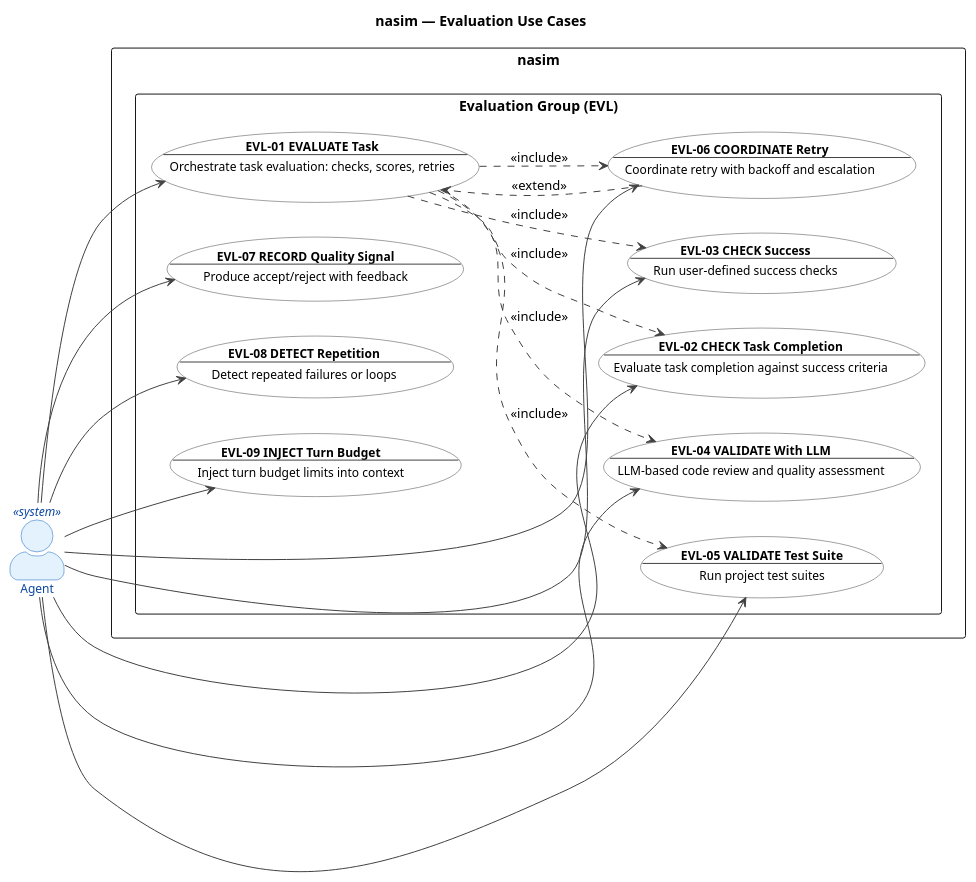
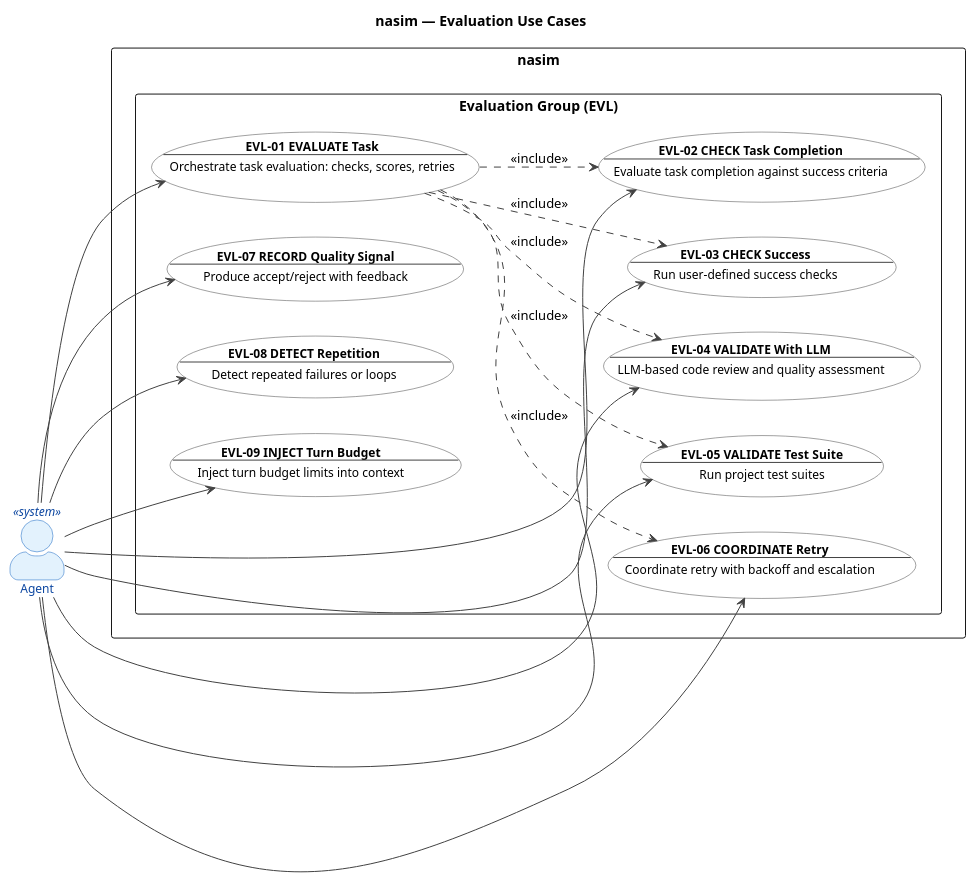
One commit to salimnamvar/nasim changed the diagram in docs/UC/uc_evaluation.puml. Above: the diagram before and after it, drawn with PlantUML. The commit also changed 27 other files, not shown here.

First line of the commit message:
docs: Refactor architecture documentation for consistency and clarity

```diff
--- a/docs/UC/uc_evaluation.puml
+++ b/docs/UC/uc_evaluation.puml
@@ -1,91 +1,90 @@
 @startuml uc_evaluation
 
 ' ============================================================
 ' Title:     nasim — UC: Evaluation Group
 ' Group:     EVL (Evaluation)
 ' Boundary:  nasim code agent
 ' Purpose:   Task evaluation: success checks, LLM review, retry coordination
 ' Milestone: v1.0
 ' Version:   6.0.0
 ' Source:    docs/ENTITIES.md
 ' Review:    docs/audit/audit.2026.06.20.uc-layer.car.md
 ' ============================================================
 
 left to right direction
 
 title nasim — Evaluation Use Cases
 
 skinparam actorStyle awesome
 skinparam packageStyle rectangle
 
 skinparam usecase {
   BackgroundColor #FFFFFF
   BorderColor #424242
   FontColor #000000
   ArrowColor #424242
   FontSize 12
 }
 
 skinparam actor {
   BackgroundColor #E8EAF6
   BorderColor #3949AB
   FontColor #1A237E
   FontSize 12
 }
 
 skinparam actor<<system>> {
   BackgroundColor #E3F2FD
   BorderColor #1565C0
   FontColor #0D47A1
 }
 
 ' ============================================================
 ' Actors
 ' ============================================================
 
 actor "Agent" as Agent <<system>>
 
 ' ============================================================
 ' System Boundary
 ' ============================================================
 
 rectangle "nasim" {
   package "Evaluation Group (EVL)" {
     usecase "**EVL-01 EVALUATE Task**\n--\nOrchestrate task evaluation: checks, scores, retries" as EVL01
     usecase "**EVL-02 CHECK Task Completion**\n--\nEvaluate task completion against success criteria" as EVL02
     usecase "**EVL-03 CHECK Success**\n--\nRun user-defined success checks" as EVL03
     usecase "**EVL-04 VALIDATE With LLM**\n--\nLLM-based code review and quality assessment" as EVL04
     usecase "**EVL-05 VALIDATE Test Suite**\n--\nRun project test suites" as EVL05
     usecase "**EVL-06 COORDINATE Retry**\n--\nCoordinate retry with backoff and escalation" as EVL06
     usecase "**EVL-07 RECORD Quality Signal**\n--\nProduce accept/reject with feedback" as EVL07
     usecase "**EVL-08 DETECT Repetition**\n--\nDetect repeated failures or loops" as EVL08
     usecase "**EVL-09 INJECT Turn Budget**\n--\nInject turn budget limits into context" as EVL09
   }
 }
 
 ' ============================================================
 ' Actor -> Use Case Associations
 ' ============================================================
 
 Agent --> EVL01
 Agent --> EVL02
 Agent --> EVL03
 Agent --> EVL04
 Agent --> EVL05
 Agent --> EVL06
 Agent --> EVL07
 Agent --> EVL08
 Agent --> EVL09
 
 ' ============================================================
 ' Relationships
 ' ============================================================
 
 EVL01 ..> EVL02 : <<include>>
 EVL01 ..> EVL03 : <<include>>
 EVL01 ..> EVL04 : <<include>>
 EVL01 ..> EVL05 : <<include>>
 EVL01 ..> EVL06 : <<include>>
-EVL06 ..> EVL01 : <<extend>>
 
 @enduml
```
